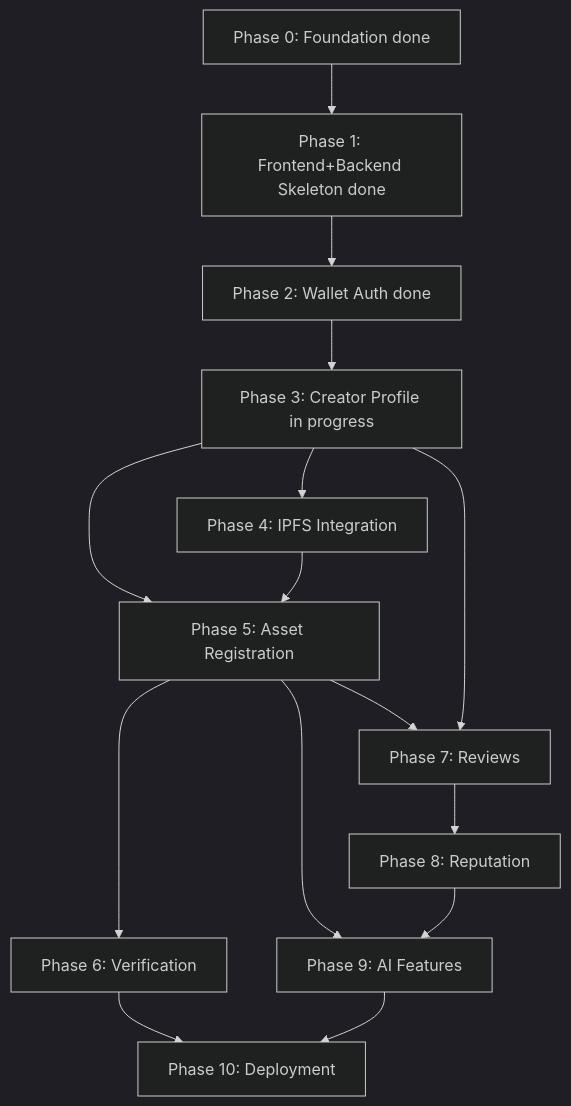
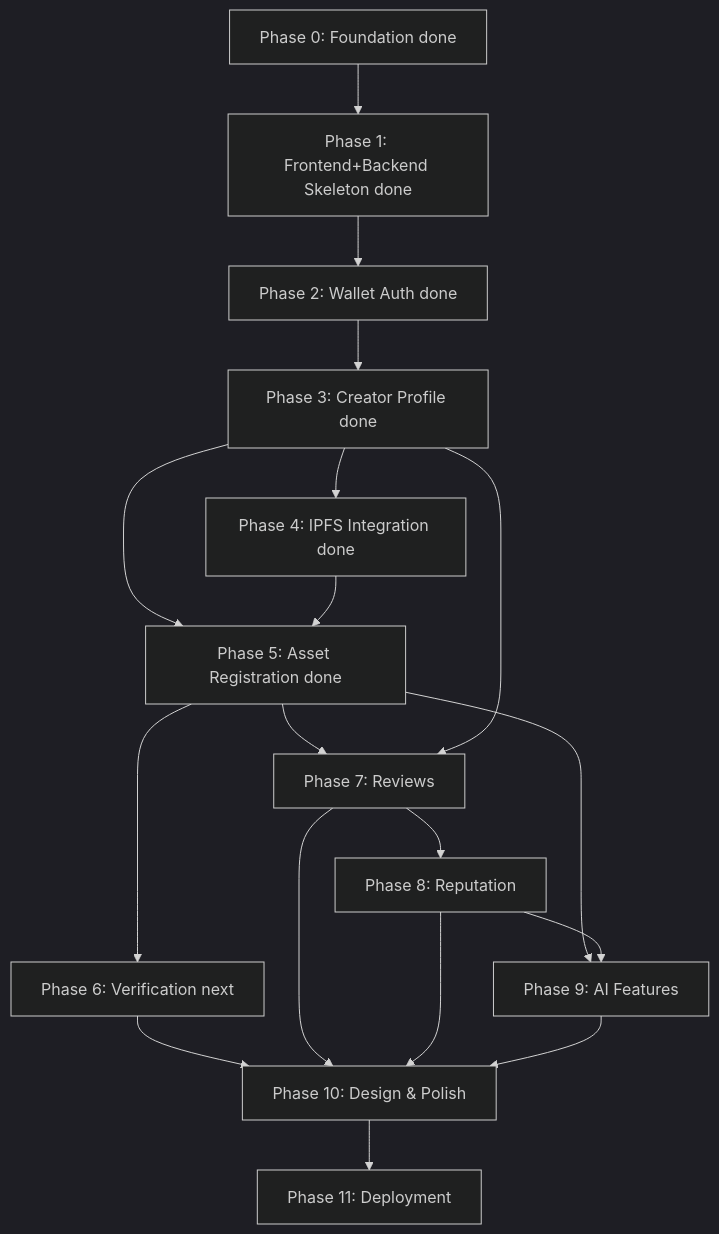
The diagram in docs/DEVELOPMENT_ROADMAP.md (originchain-labs/originchain), drawn with Mermaid (dark theme) before and after one commit. The commit also changed other lines of this file and 3 other files, not shown here.

````diff
--- a/docs/DEVELOPMENT_ROADMAP.md
+++ b/docs/DEVELOPMENT_ROADMAP.md
@@ -186,17 +205,20 @@
 ```mermaid
 flowchart TD
     P0[Phase 0: Foundation done] --> P1[Phase 1: Frontend+Backend Skeleton done]
     P1 --> P2[Phase 2: Wallet Auth done]
-    P2 --> P3[Phase 3: Creator Profile in progress]
-    P3 --> P4[Phase 4: IPFS Integration]
-    P3 --> P5[Phase 5: Asset Registration]
+    P2 --> P3[Phase 3: Creator Profile done]
+    P3 --> P4[Phase 4: IPFS Integration done]
+    P3 --> P5[Phase 5: Asset Registration done]
     P4 --> P5
-    P5 --> P6[Phase 6: Verification]
+    P5 --> P6[Phase 6: Verification next]
     P5 --> P7[Phase 7: Reviews]
     P3 --> P7
     P7 --> P8[Phase 8: Reputation]
     P5 --> P9[Phase 9: AI Features]
     P8 --> P9
-    P6 --> P10[Phase 10: Deployment]
+    P6 --> P10[Phase 10: Design & Polish]
+    P7 --> P10
+    P8 --> P10
     P9 --> P10
+    P10 --> P11[Phase 11: Deployment]
 ```
````
